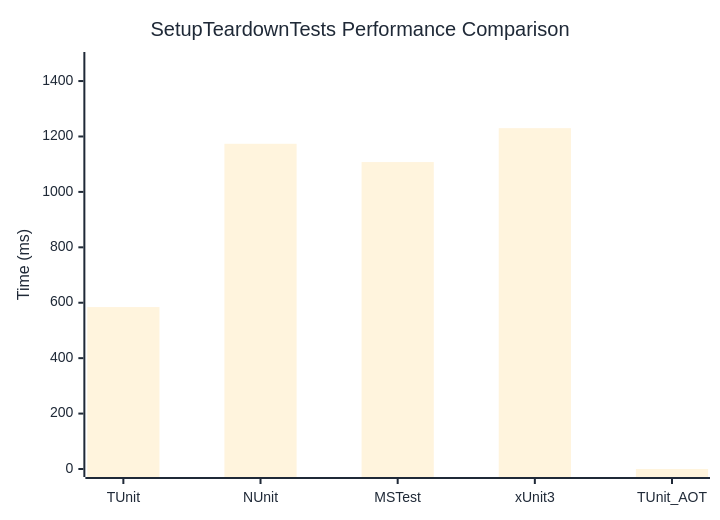
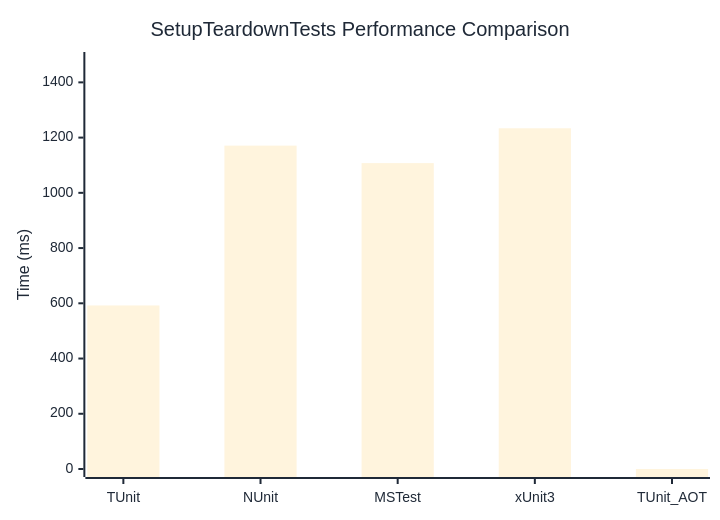
The diagram in docs/docs/benchmarks/SetupTeardownTests.md (weiyilai/TUnit), drawn with Mermaid before and after one commit. The commit also changed other lines of this file and 17 other files, not shown here.

````diff
--- a/docs/docs/benchmarks/SetupTeardownTests.md
+++ b/docs/docs/benchmarks/SetupTeardownTests.md
@@ -27,37 +27,37 @@
 ```mermaid
 %%{init: {
   'theme':'base',
   'themeVariables': {
     'primaryColor': '#2563eb',
     'primaryTextColor': '#1f2937',
     'primaryBorderColor': '#1e40af',
     'lineColor': '#6b7280',
     'secondaryColor': '#7c3aed',
     'tertiaryColor': '#dc2626',
     'background': '#ffffff',
     'mainBkg': '#2563eb',
     'secondBkg': '#7c3aed',
     'tertiaryBkg': '#dc2626',
     'clusterBkg': '#f3f4f6',
     'edgeLabelBackground': '#ffffff',
     'tertiaryTextColor': '#1f2937',
     'pie1': '#2563eb',
     'pie2': '#7c3aed',
     'pie3': '#dc2626',
     'pie4': '#f59e0b',
     'pie5': '#10b981',
     'pie6': '#06b6d4',
     'pie7': '#ec4899',
     'pie8': '#6366f1',
     'pie9': '#84cc16',
     'pie10': '#f97316',
     'pie11': '#14b8a6',
     'pie12': '#a855f7'
   }
 }}%%
 xychart-beta
   title "SetupTeardownTests Performance Comparison"
   x-axis ["TUnit", "NUnit", "MSTest", "xUnit3", "TUnit_AOT"]
-  y-axis "Time (ms)" 0 --> 1476
-  bar [584.4, 1173.6, 1107.6, 1230, 0]
+  y-axis "Time (ms)" 0 --> 1481
+  bar [592.2, 1171, 1107.7, 1233.8, 0]
 ```
````
